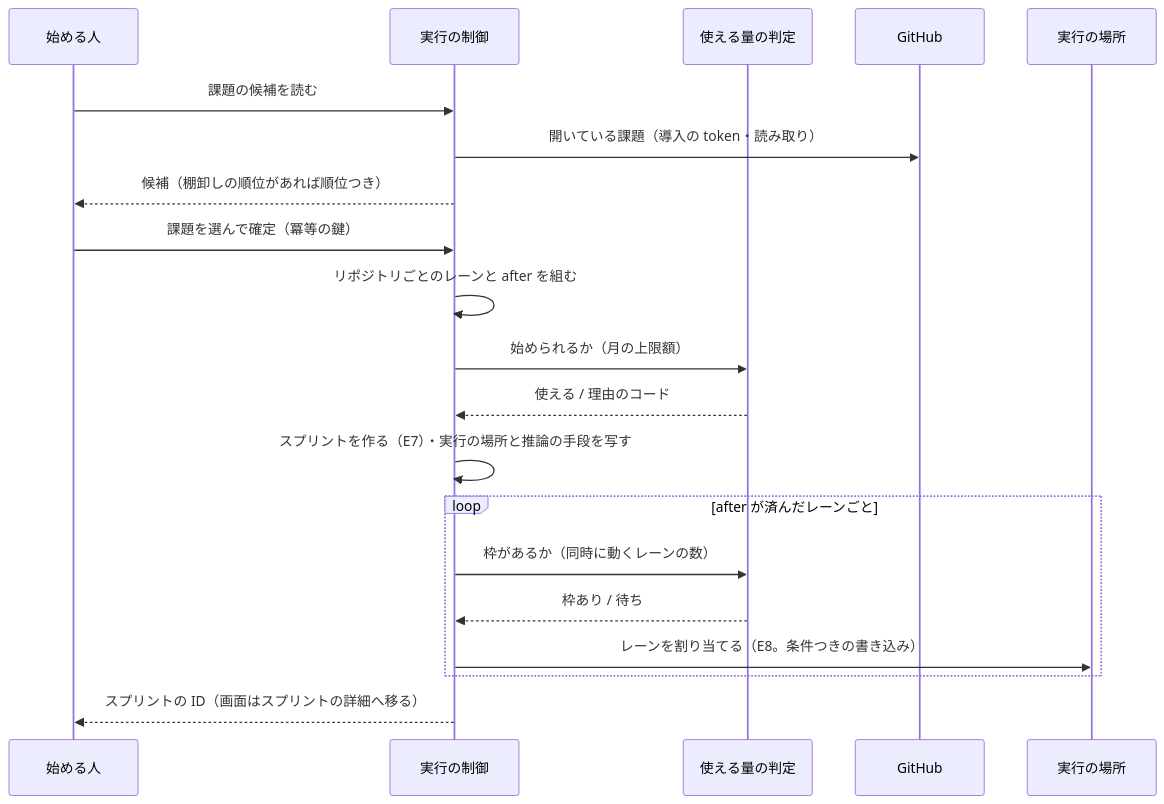
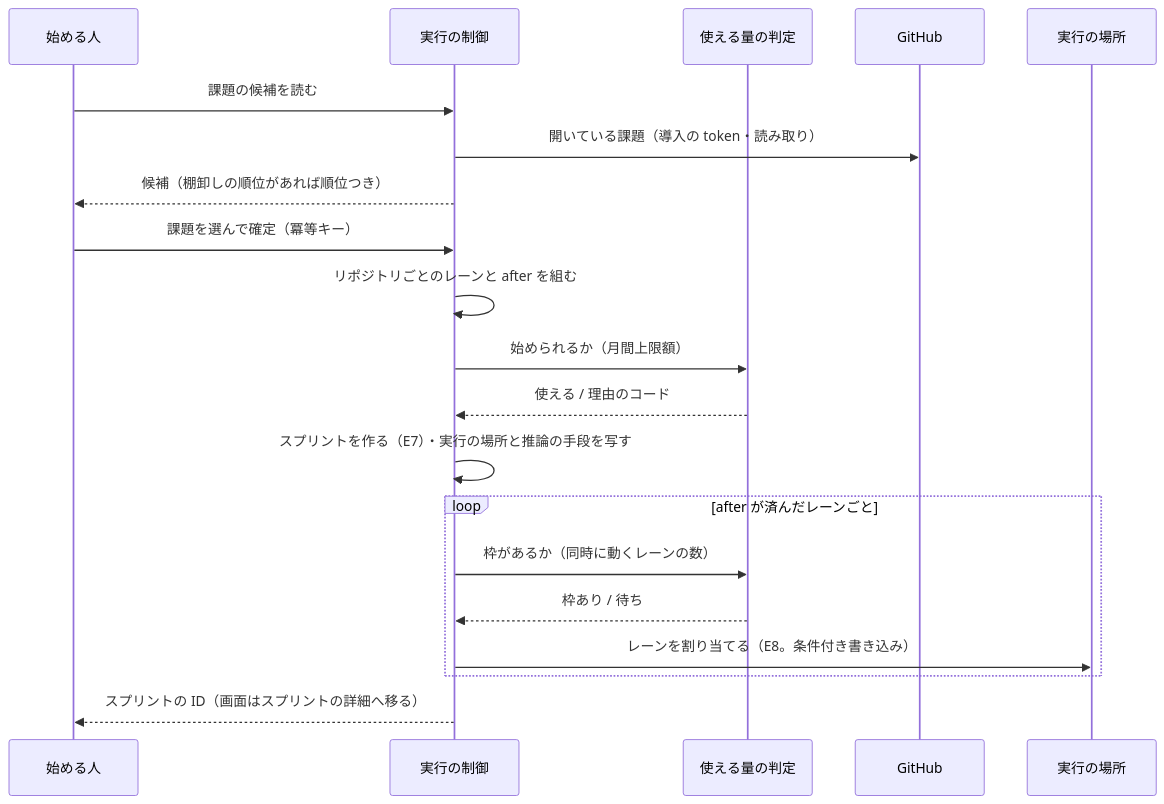
Before and after one commit to devbasex/nd-factory: the second of 10 diagrams in docs/design/execution.md, drawn with Mermaid. The commit also changed other lines of this file and 22 other files, not shown here.

````diff
--- a/docs/design/execution.md
+++ b/docs/design/execution.md
@@ -56,22 +56,22 @@
 ```mermaid
 sequenceDiagram
     participant 人 as 始める人
     participant API as 実行の制御
     participant Q as 使える量の判定
     participant GH as GitHub
     participant R as 実行の場所
     人->>API: 課題の候補を読む
     API->>GH: 開いている課題（導入の token・読み取り）
     API-->>人: 候補（棚卸しの順位があれば順位つき）
-    人->>API: 課題を選んで確定（冪等の鍵）
+    人->>API: 課題を選んで確定（冪等キー）
     API->>API: リポジトリごとのレーンと after を組む
-    API->>Q: 始められるか（月の上限額）
+    API->>Q: 始められるか（月間上限額）
     Q-->>API: 使える / 理由のコード
     API->>API: スプリントを作る（E7）・実行の場所と推論の手段を写す
     loop after が済んだレーンごと
         API->>Q: 枠があるか（同時に動くレーンの数）
         Q-->>API: 枠あり / 待ち
-        API->>R: レーンを割り当てる（E8。条件つきの書き込み）
+        API->>R: レーンを割り当てる（E8。条件付き書き込み）
     end
     API-->>人: スプリントの ID（画面はスプリントの詳細へ移る）
 ```
````
